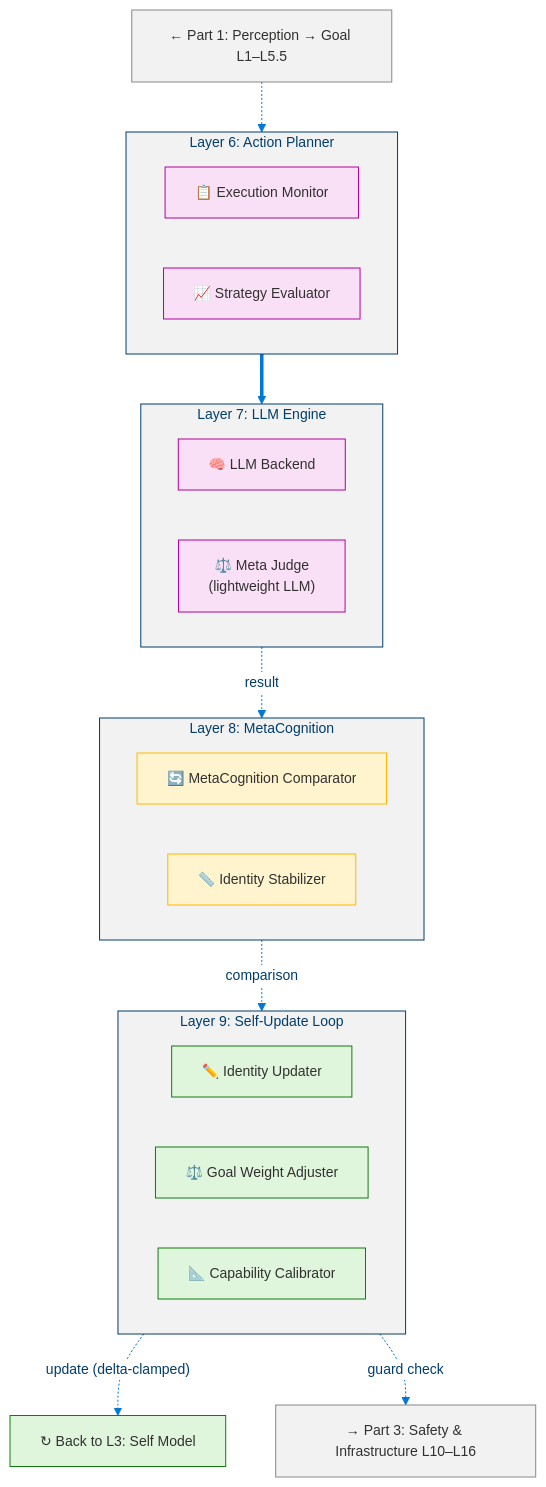
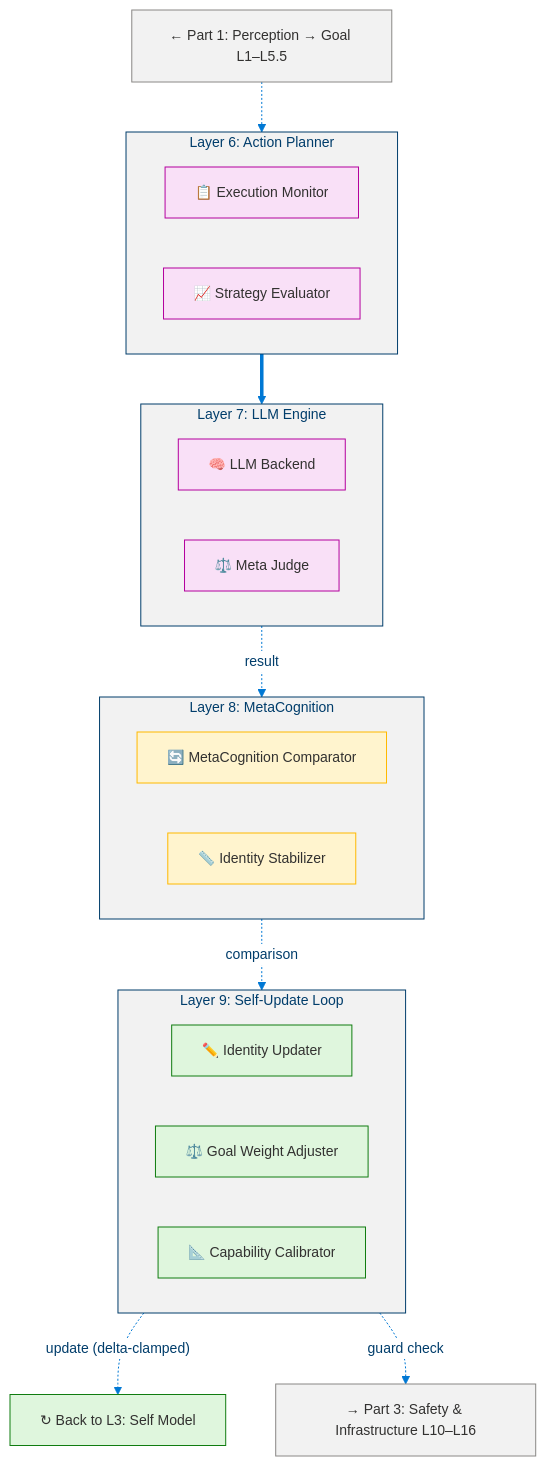
One commit to dotnetpower/mscp changed the third of 19 diagrams in docs/levels/Level_3_Self_Regulating_Agent.md. Above: the diagram before and after it, drawn with Mermaid. The commit also changed other lines of this file and 10 other files, not shown here.

````diff
--- a/docs/levels/Level_3_Self_Regulating_Agent.md
+++ b/docs/levels/Level_3_Self_Regulating_Agent.md
@@ -205,43 +212,47 @@
 ```mermaid
 %%{init: {'theme': 'base', 'themeVariables': {'primaryColor': '#0078D4', 'primaryTextColor': '#003D6B', 'primaryBorderColor': '#003D6B', 'secondaryColor': '#50E6FF', 'secondaryTextColor': '#323130', 'secondaryBorderColor': '#00BCF2', 'tertiaryColor': '#F2F2F2', 'tertiaryTextColor': '#323130', 'lineColor': '#0078D4', 'textColor': '#323130', 'mainBkg': '#DEECF9', 'nodeBorder': '#0078D4', 'clusterBkg': '#F2F2F2', 'clusterBorder': '#003D6B', 'titleColor': '#003D6B', 'edgeLabelBackground': '#FFFFFF', 'fontSize': '14px'}}}%%
 flowchart TD
   classDef execution fill:#F9E0F7,stroke:#B4009E,color:#323130
   classDef meta fill:#FFF4CE,stroke:#FFB900,color:#323130
   classDef selfModel fill:#DFF6DD,stroke:#107C10,color:#323130
   classDef neutral fill:#F2F2F2,stroke:#8A8886,color:#323130
 
   PREV["← Part 1: Perception → Goal L1–L5.5"]:::neutral
 
   subgraph L6["Layer 6: Action Planner"]
+    direction LR
     EM6["📋 Execution Monitor"]:::execution
     SEV6["📈 Strategy Evaluator"]:::execution
   end
 
   subgraph L7["Layer 7: LLM Engine"]
+    direction LR
     LLM7["🧠 LLM Backend"]:::execution
-    MJ7["⚖️ Meta Judge<br/>(lightweight LLM)"]:::execution
+    MJ7["⚖️ Meta Judge"]:::execution
   end
 
   subgraph L8["Layer 8: MetaCognition"]
+    direction LR
     MCC8["🔄 MetaCognition Comparator"]:::meta
     IS8["📏 Identity Stabilizer"]:::meta
   end
 
   subgraph L9["Layer 9: Self-Update Loop"]
+    direction LR
     IU9["✏️ Identity Updater"]:::selfModel
     GWA9["⚖️ Goal Weight Adjuster"]:::selfModel
     CC9["📐 Capability Calibrator"]:::selfModel
   end
 
   SELF_MODEL["↻ Back to L3: Self Model"]:::selfModel
   NEXT["→ Part 3: Safety & Infrastructure L10–L16"]:::neutral
 
   PREV -.-> L6
   L6 ==> L7
 
   L7 -.->|result| L8
   L8 -.->|comparison| L9
   L9 -.->|"update (delta-clamped)"| SELF_MODEL
 
   L9 -.->|guard check| NEXT
 ```
````
